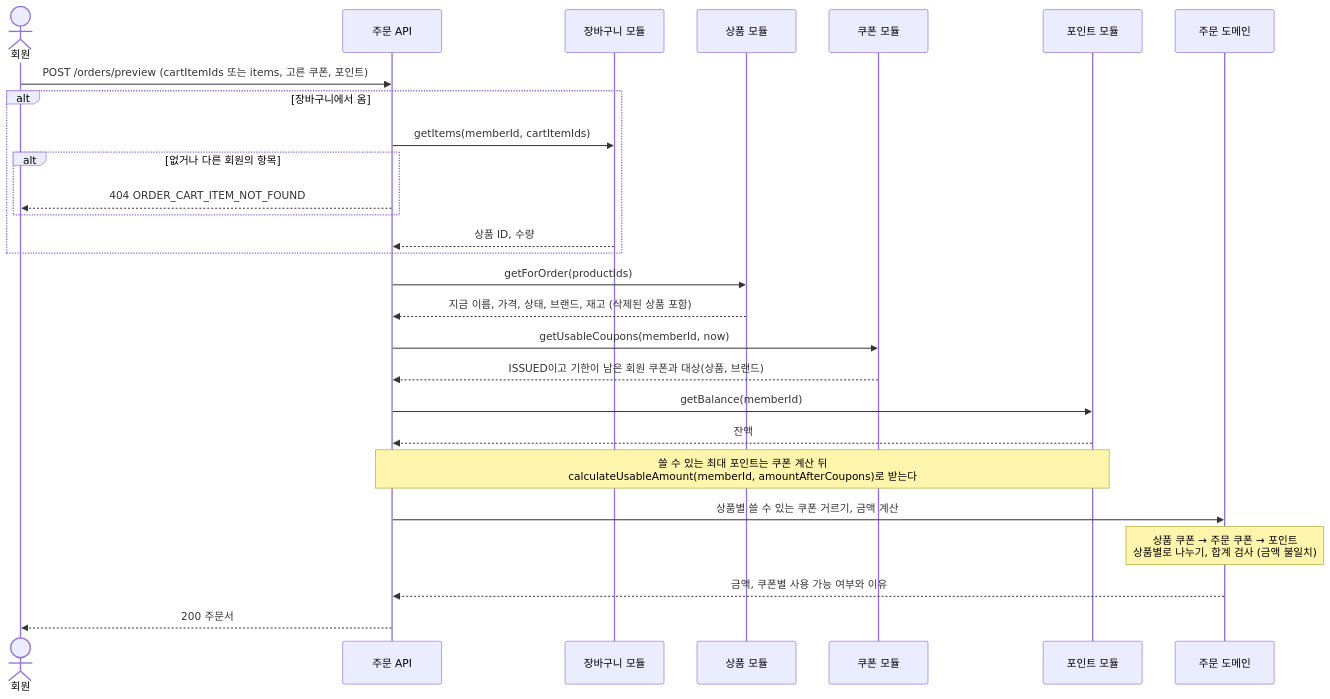
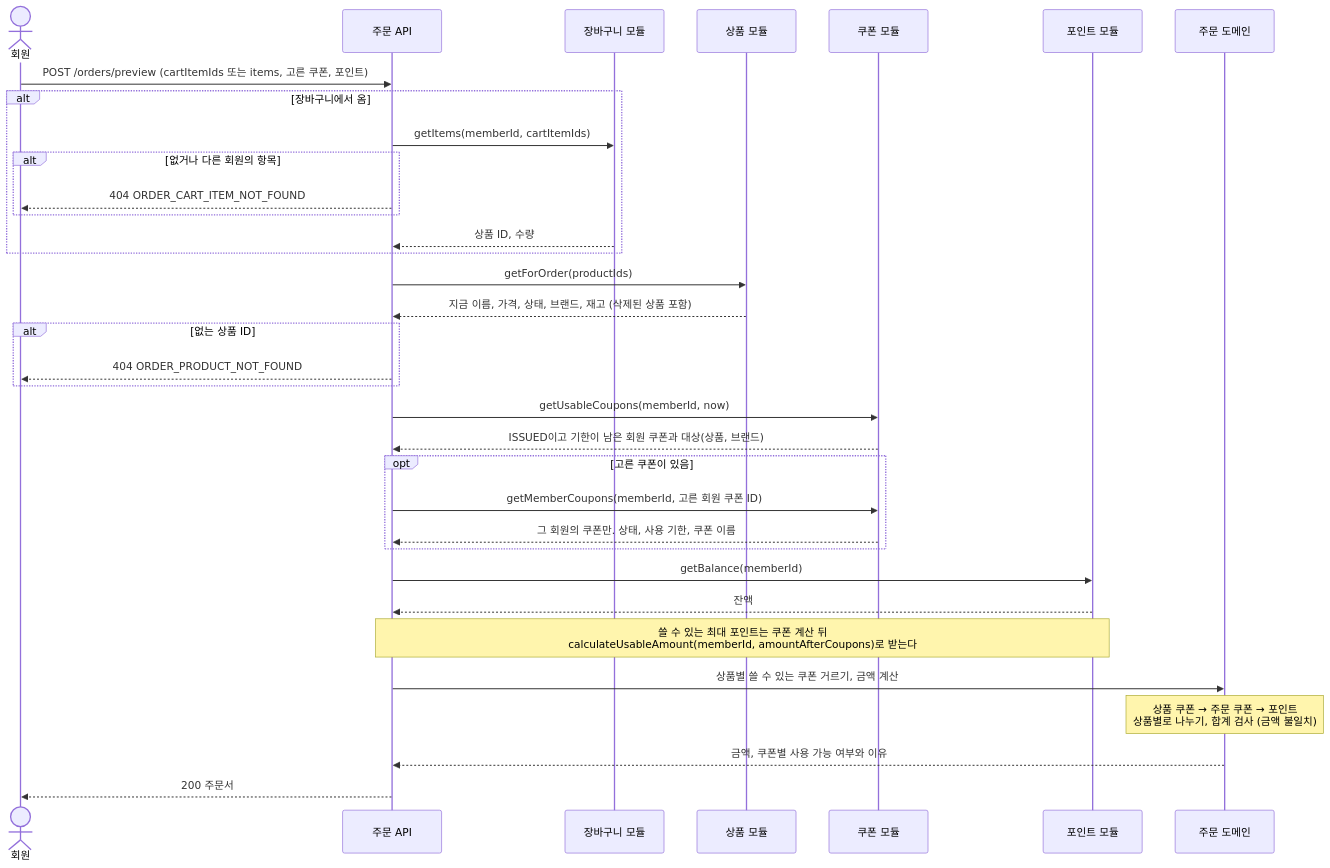
One commit to KAPUIST/flash-gate changed the first of 9 diagrams in docs/features/order/flows.md. Above: the diagram before and after it, drawn with Mermaid. The commit also changed other lines of this file and 25 other files, not shown here.

````diff
--- a/docs/features/order/flows.md
+++ b/docs/features/order/flows.md
@@ -11,30 +11,37 @@
 ```mermaid
 sequenceDiagram
     actor U as 회원
     participant O as 주문 API
     participant C as 장바구니 모듈
     participant P as 상품 모듈
     participant CP as 쿠폰 모듈
     participant PT as 포인트 모듈
     participant D as 주문 도메인
 
     U->>O: POST /orders/preview (cartItemIds 또는 items, 고른 쿠폰, 포인트)
     alt 장바구니에서 옴
         O->>C: getItems(memberId, cartItemIds)
         alt 없거나 다른 회원의 항목
             O-->>U: 404 ORDER_CART_ITEM_NOT_FOUND
         end
         C-->>O: 상품 ID, 수량
     end
     O->>P: getForOrder(productIds)
     P-->>O: 지금 이름, 가격, 상태, 브랜드, 재고 (삭제된 상품 포함)
+    alt 없는 상품 ID
+        O-->>U: 404 ORDER_PRODUCT_NOT_FOUND
+    end
     O->>CP: getUsableCoupons(memberId, now)
     CP-->>O: ISSUED이고 기한이 남은 회원 쿠폰과 대상(상품, 브랜드)
+    opt 고른 쿠폰이 있음
+        O->>CP: getMemberCoupons(memberId, 고른 회원 쿠폰 ID)
+        CP-->>O: 그 회원의 쿠폰만. 상태, 사용 기한, 쿠폰 이름
+    end
     O->>PT: getBalance(memberId)
     PT-->>O: 잔액
     Note over O,PT: 쓸 수 있는 최대 포인트는 쿠폰 계산 뒤<br/>calculateUsableAmount(memberId, amountAfterCoupons)로 받는다
     O->>D: 상품별 쓸 수 있는 쿠폰 거르기, 금액 계산
     Note over D: 상품 쿠폰 → 주문 쿠폰 → 포인트<br/>상품별로 나누기, 합계 검사 (금액 불일치)
     D-->>O: 금액, 쿠폰별 사용 가능 여부와 이유
     O-->>U: 200 주문서
 ```
````
